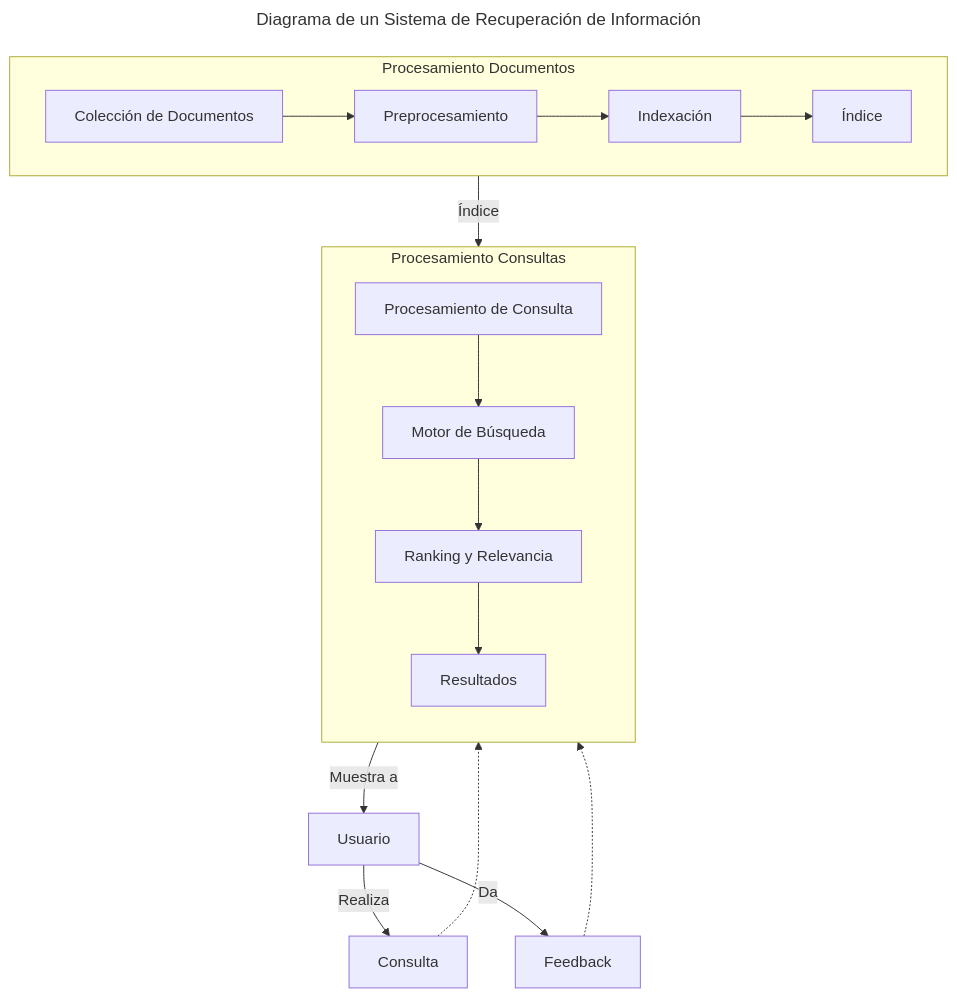
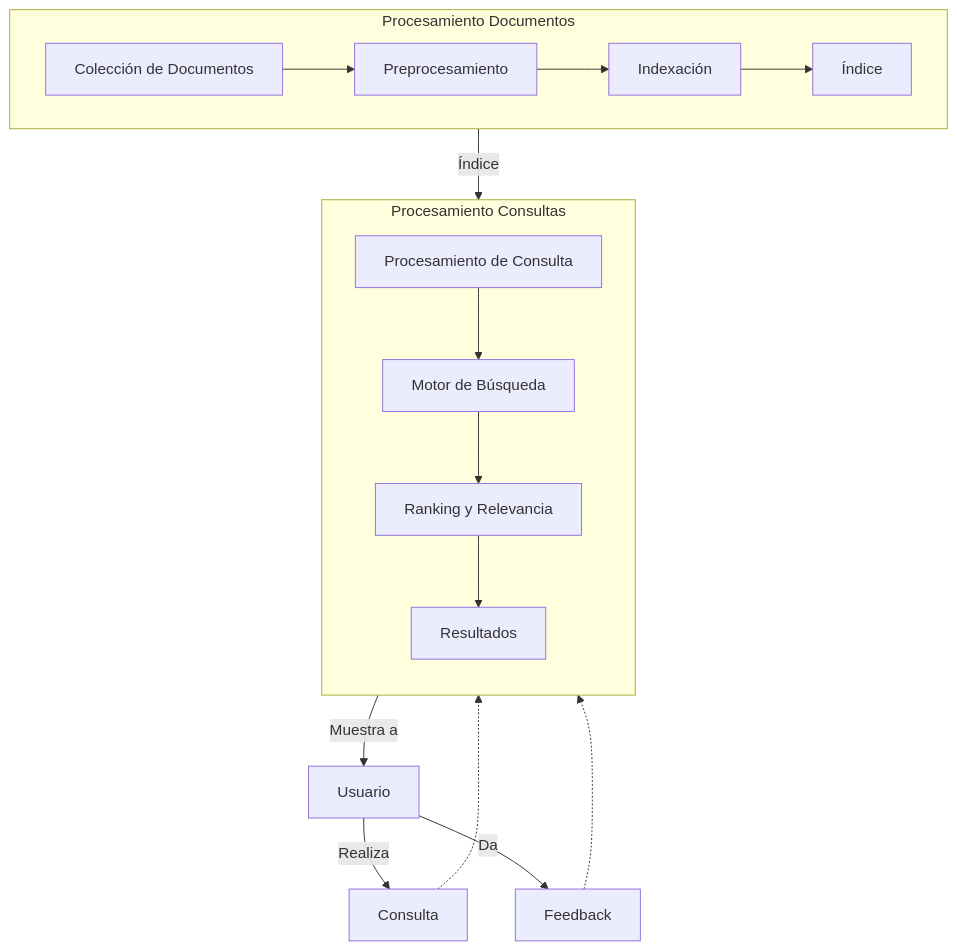
The diagram in contenidos/3-recuperacion-de-la-informacion/3-1-recuperacion.md (untref-edd/apuntes), drawn with Mermaid before and after one commit. The commit also changed other lines of this file and 33 other files, not shown here.

````diff
--- a/contenidos/3-recuperacion-de-la-informacion/3-1-recuperacion.md
+++ b/contenidos/3-recuperacion-de-la-informacion/3-1-recuperacion.md
@@ -79,33 +79,32 @@
 ```{mermaid}
 ---
 name: recuperacion-informacion
-title: Diagrama de un Sistema de Recuperación de Información
 ---
 flowchart TB
   %% Subdiagrama: Procesamiento de Documentos (LR)
   subgraph P1 [Procesamiento Documentos]
     direction LR
     A1[Colección de Documentos] --> A2[Preprocesamiento] --> A3[Indexación] --> A4[Índice]
   end
 
   %% Usuario fuera del subgrafo de consultas
   Usuario[Usuario]
   Consulta[Consulta]
   Feedback[Feedback]
 
   Usuario -- Realiza --> Consulta
   Consulta -.-> B2[Procesamiento de Consulta]
   Usuario -- Da --> Feedback
   Feedback -.-> B2
 
   %% Subdiagrama: Procesamiento de Consultas y Recuperación (LR)
   subgraph P2 [Procesamiento Consultas]
     direction TB
     B2[Procesamiento de Consulta] --> M[Motor de Búsqueda] --> B4[Ranking y Relevancia] --> B5[Resultados]
   end
 
   B5 -- Muestra a --> Usuario
 
   %% Conexión entre los dos subdiagramas
   P1 --Índice--> M
 ```
````
